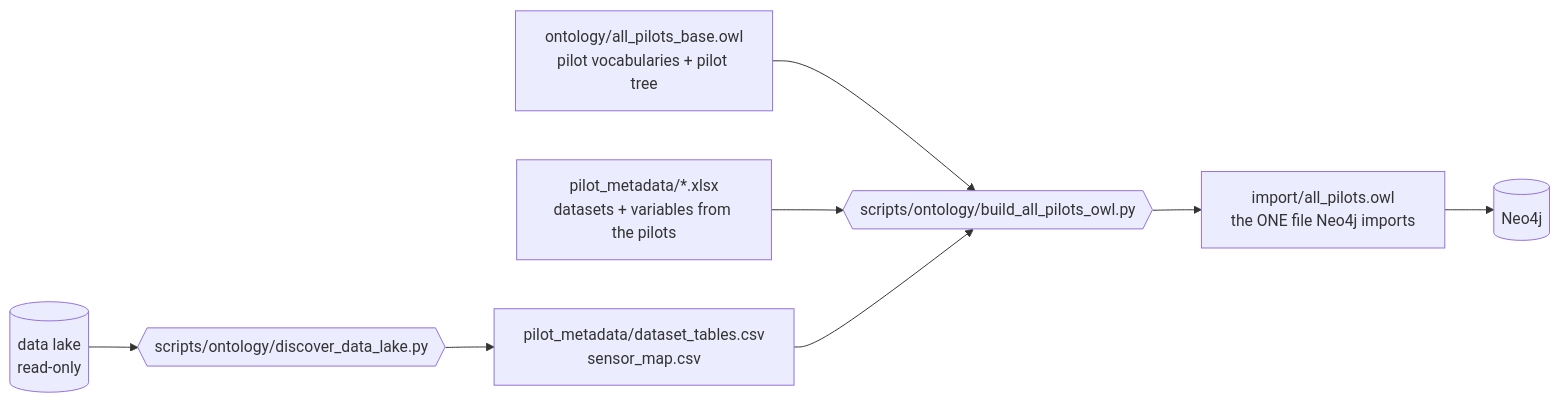
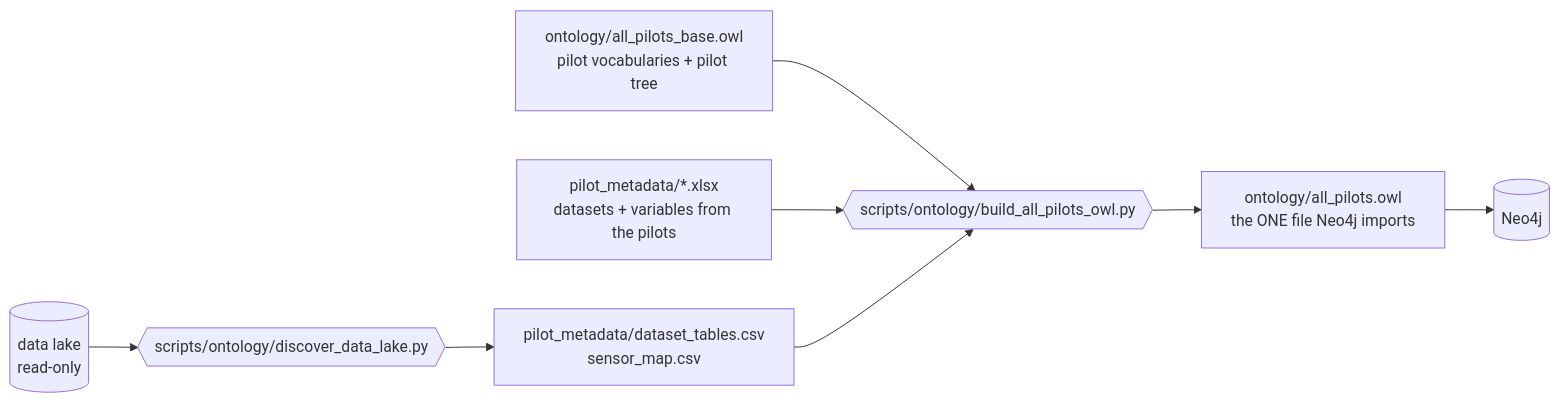
Before and after one commit to EnergyGuardProject/semantic-ontology: the third of 3 diagrams in docs/ontology-guide.md, drawn with Mermaid. The commit also changed 13 other files, not shown here.

First line of the commit message:
Merge import/ into ontology/; take over ports and proxy from old live instance

````diff
--- a/docs/ontology-guide.md
+++ b/docs/ontology-guide.md
@@ -420,10 +420,10 @@
 ```mermaid
 graph LR
     A[ontology/all_pilots_base.owl<br/>pilot vocabularies + pilot tree] --> S{{scripts/ontology/build_all_pilots_owl.py}}
     B[pilot_metadata/*.xlsx<br/>datasets + variables from the pilots] --> S
     L[(data lake<br/>read-only)] --> D{{scripts/ontology/discover_data_lake.py}}
     D --> C[pilot_metadata/dataset_tables.csv<br/>sensor_map.csv]
     C --> S
-    S --> O[import/all_pilots.owl<br/>the ONE file Neo4j imports]
+    S --> O[ontology/all_pilots.owl<br/>the ONE file Neo4j imports]
     O --> N[(Neo4j)]
 ```
````
